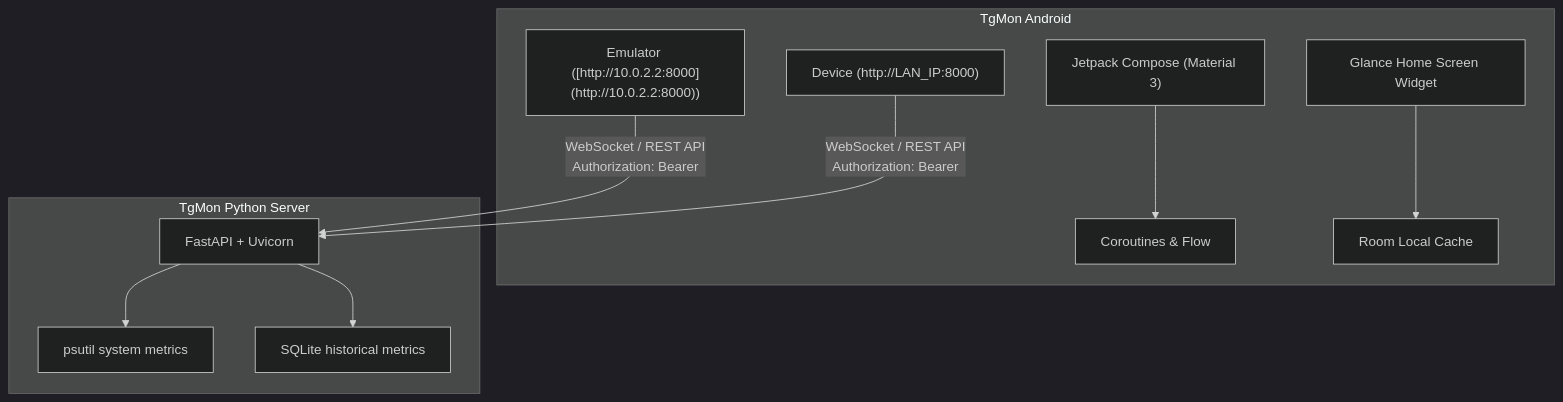
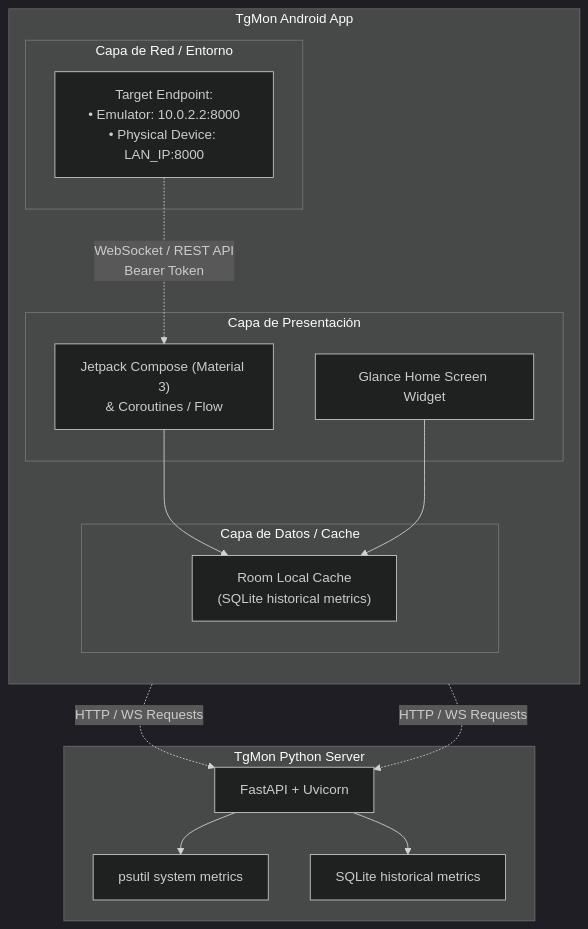
One commit to Rcarme/UdelaCiudad changed the diagram in README.md. Above: the diagram before and after it, drawn with Mermaid (dark theme).

Commit message:
Revise architecture overview in README.md
Updated architecture diagram to reflect changes in the TgMon Android App structure, including presentation, data, and network layers.

````diff
--- a/README.md
+++ b/README.md
@@ -11,23 +11,33 @@
 ```mermaid
 graph TD
-    subgraph Cliente ["TgMon Android"]
-        A["Emulator ([http://10.0.2.2:8000](http://10.0.2.2:8000))"]
-        B["Device (http://LAN_IP:8000)"]
-        C["Jetpack Compose (Material 3)"]
-        D["Coroutines & Flow"]
-        E["Glance Home Screen Widget"]
-        F["Room Local Cache"]
+    subgraph Cliente ["TgMon Android App"]
+        direction TB
+        subgraph Presentacion ["Capa de Presentación"]
+            UI["Jetpack Compose (Material 3)<br/>& Coroutines / Flow"]
+            Widget["Glance Home Screen Widget"]
+        end
+
+        subgraph Datos ["Capa de Datos / Cache"]
+            Room["Room Local Cache<br/>(SQLite historical metrics)"]
+        end
+
+        subgraph Red ["Capa de Red / Entorno"]
+            Env["Target Endpoint:<br/>• Emulator: 10.0.2.2:8000<br/>• Physical Device: LAN_IP:8000"]
+        end
+
+        UI --> Room
+        Widget --> Room
+        Env -.->|"WebSocket / REST API<br/>Bearer Token"| UI
     end
 
     subgraph Servidor ["TgMon Python Server"]
-        G["FastAPI + Uvicorn"]
-        H["psutil system metrics"]
-        I["SQLite historical metrics"]
+        FastAPI["FastAPI + Uvicorn"]
+        Psutil["psutil system metrics"]
+        DB["SQLite historical metrics"]
+        
+        FastAPI --> Psutil
+        FastAPI --> DB
     end
 
-    A & B -->|"WebSocket / REST API<br/>Authorization: Bearer <TOKEN>"| G
-    G --> H
-    G --> I
-    C --> D
-    E --> F
+    UI & Widget -.->|"HTTP / WS Requests"| FastAPI
 ```
````
